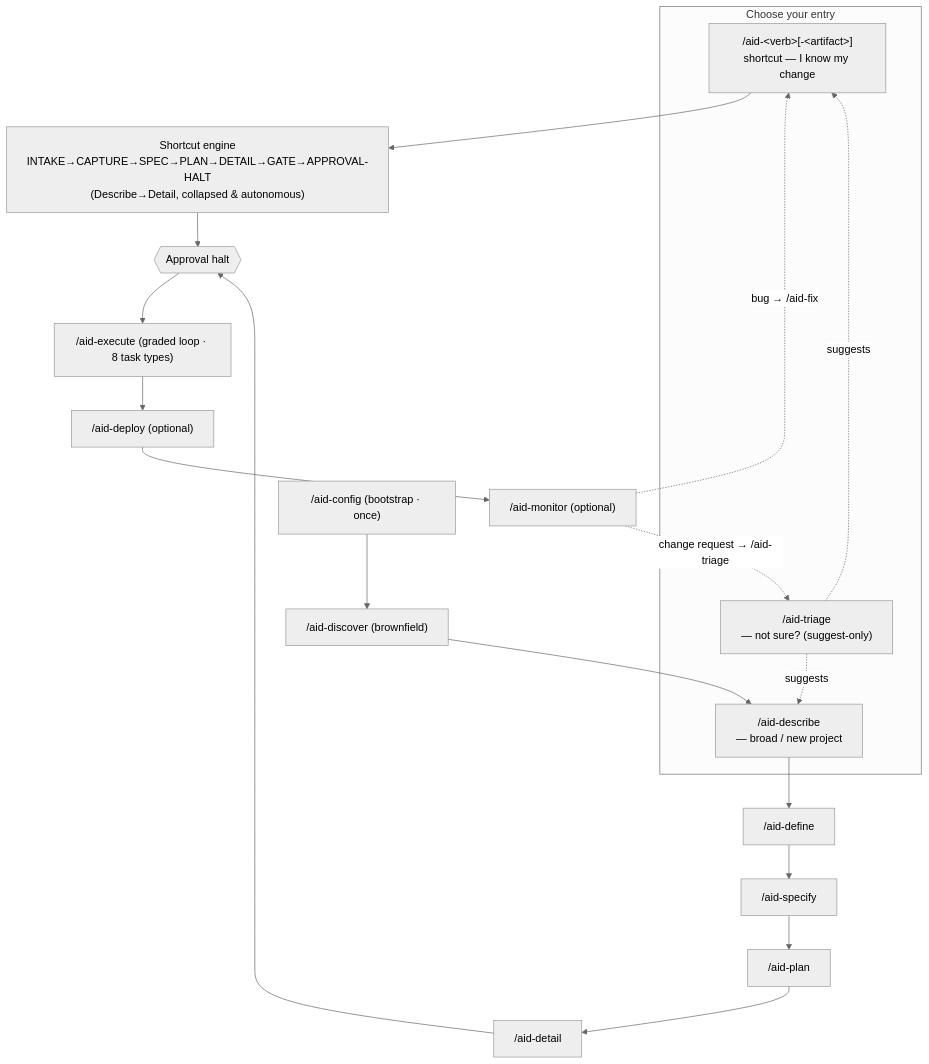
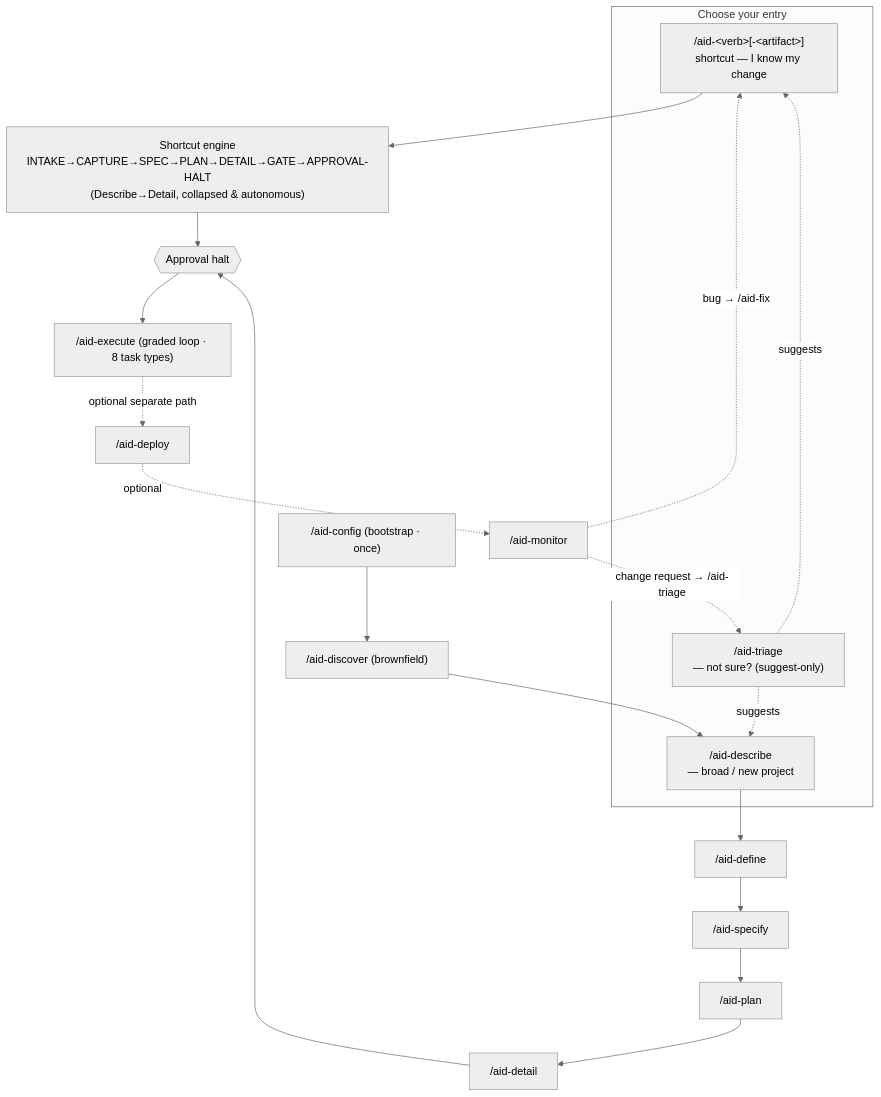
The diagram in site/src/content/docs/guides/pipeline.mdx (AndreVianna/aid-methodology), drawn with Mermaid (neutral theme) before and after one commit. The commit also changed 91 other files, not shown here.

````diff
--- a/site/src/content/docs/guides/pipeline.mdx
+++ b/site/src/content/docs/guides/pipeline.mdx
@@ -24,24 +24,25 @@
 ```mermaid
 flowchart TD
     subgraph Entry["Choose your entry"]
         SC["/aid-&lt;verb&gt;[-&lt;artifact&gt;]<br/>shortcut — I know my change"]
         TR["/aid-triage<br/>— not sure? (suggest-only)"]
         DS["/aid-describe<br/>— broad / new project"]
     end
     TR -. suggests .-> SC
     TR -. suggests .-> DS
 
     CFG["/aid-config (bootstrap · once)"] --> DISC["/aid-discover (brownfield)"]
     DISC --> DS
 
     SC --> ENG["Shortcut engine<br/>INTAKE→CAPTURE→SPEC→PLAN→DETAIL→GATE→APPROVAL-HALT<br/>(Describe→Detail, collapsed &amp; autonomous)"]
     ENG --> HALT{{"Approval halt"}}
 
     DS --> DEF["/aid-define"] --> SPC["/aid-specify"] --> PLN["/aid-plan"] --> DTL["/aid-detail"]
     DTL --> HALT
 
     HALT --> EXE["/aid-execute (graded loop · 8 task types)"]
-    EXE --> DEP["/aid-deploy (optional)"] --> MON["/aid-monitor (optional)"]
+    EXE -. "optional separate path" .-> DEP["/aid-deploy"]
+    DEP -. optional .-> MON["/aid-monitor"]
     MON -. "bug → /aid-fix" .-> SC
     MON -. "change request → /aid-triage" .-> TR
 ```
````
